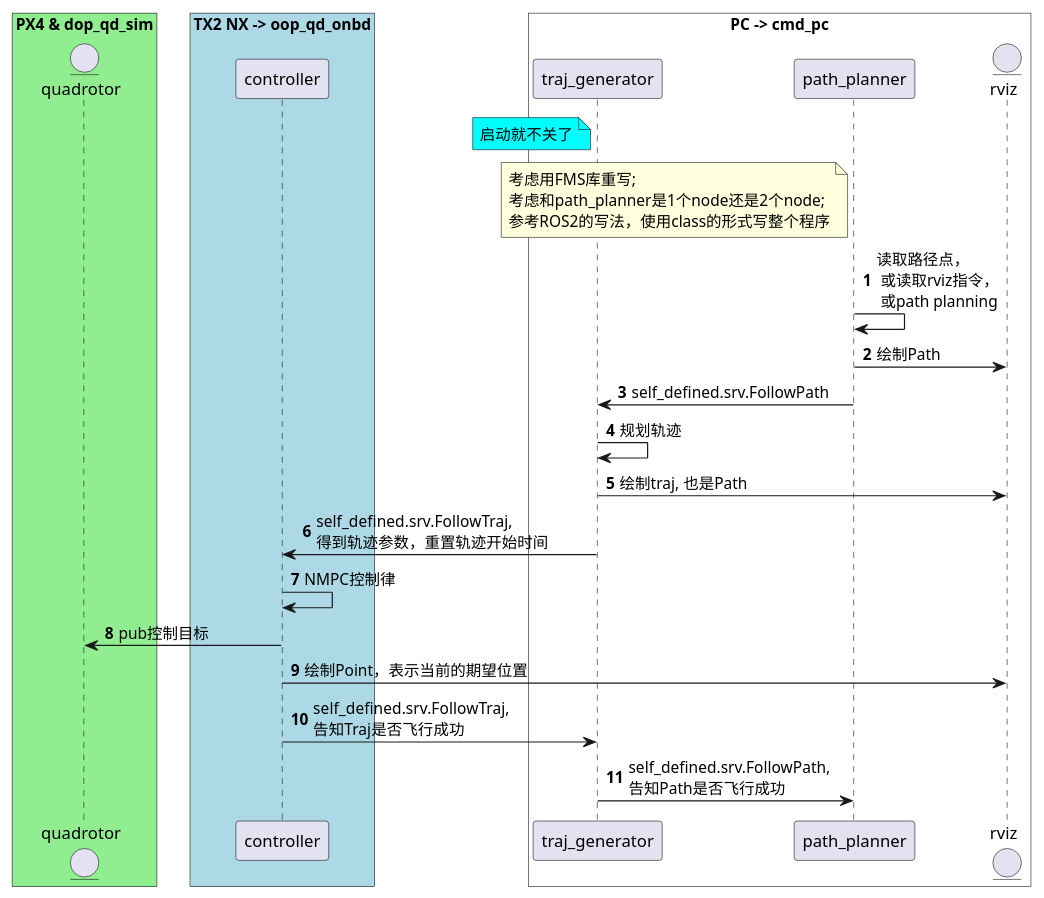
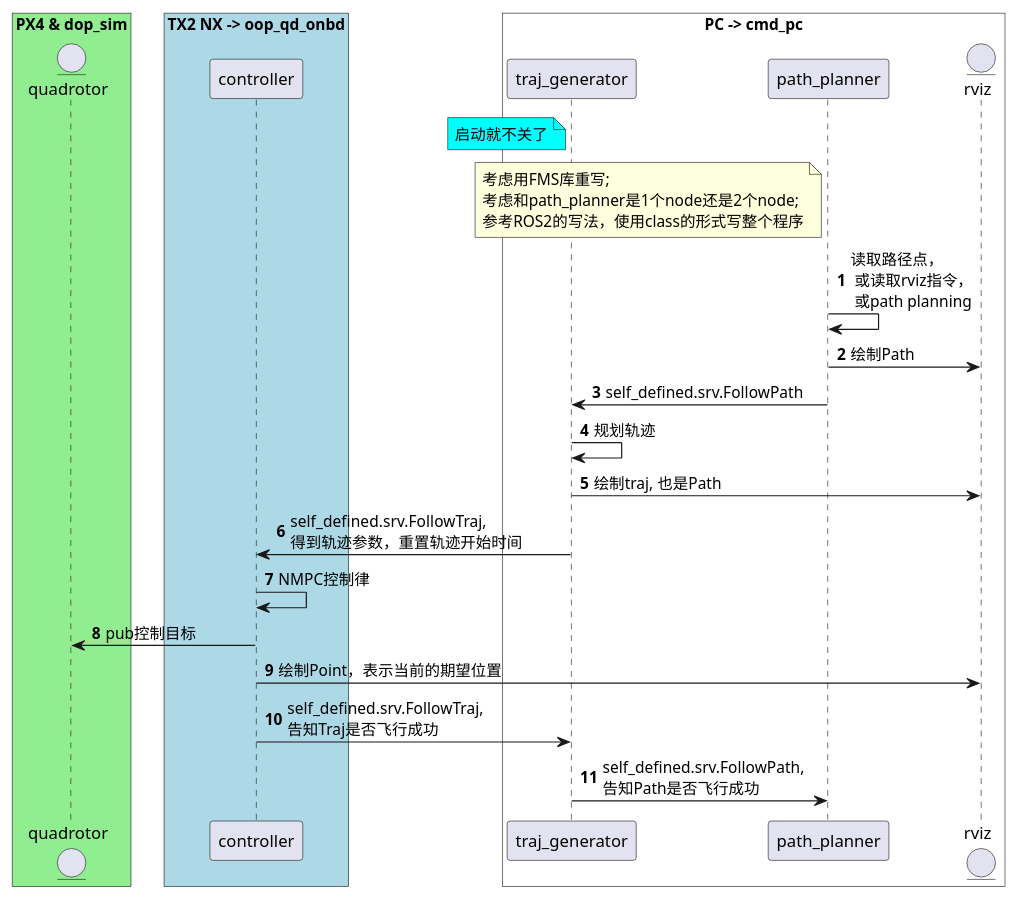
One commit to Li-Jinjie/cmd_pc changed the diagram in UMLs/workflow.puml. Above: the diagram before and after it, drawn with PlantUML. The commit also changed 1 other file, not shown here.

Commit message:
rename "dop_qd_sim" to "dop_sim"

```diff
--- a/UMLs/workflow.puml
+++ b/UMLs/workflow.puml
@@ -1,72 +1,72 @@
 @startuml
 'https://plantuml.com/sequence-diagram
 
 autonumber
 
-box "PX4 & dop_qd_sim" #LightGreen
+box "PX4 & dop_sim" #LightGreen
 entity quadrotor
 end box
 
 box "TX2 NX -> oop_qd_onbd" #LightBLUE
 participant controller
 end box
 'note right of pt_publisher #aqua
 '需要从ROS里拿一个parameter
 '确定是选SE3还是NMPC
 'end note
 
 box "PC -> cmd_pc" #White
 participant traj_generator
 participant path_planner
 entity rviz
 end box
 
 note left of traj_generator #aqua
 启动就不关了
 end note
 
 note left of path_planner
 考虑用FMS库重写;
 考虑和path_planner是1个node还是2个node;
 参考ROS2的写法，使用class的形式写整个程序
 end note
 
 path_planner -> path_planner: 读取路径点，\n 或读取rviz指令，\n 或path planning
 path_planner -> rviz: 绘制Path
 path_planner -> traj_generator: self_defined.srv.FollowPath
 
 
 traj_generator -> traj_generator: 规划轨迹
 traj_generator -> rviz: 绘制traj, 也是Path
 traj_generator -> controller: self_defined.srv.FollowTraj, \n得到轨迹参数，重置轨迹开始时间
 
 controller -> controller: NMPC控制律
 controller -> quadrotor: pub控制目标
 controller -> rviz: 绘制Point，表示当前的期望位置
 
 
 controller -> traj_generator: self_defined.srv.FollowTraj, \n告知Traj是否飞行成功
 traj_generator -> path_planner: self_defined.srv.FollowPath, \n告知Path是否飞行成功
 
 'controller -> traj_generator: self_defined.srv.GetTraj, \n告知当前点已飞行完毕，当前点位置
 'note left
 '状态: IDLE
 'end note
 '
 'traj_generator -> path_planner: nav.msgs.srv.GetPlan, \n告知当前点已飞行完毕，当前点位置
 '
 'path_planner -> path_planner: path planning
 'path_planner -> rviz: 绘制Path
 'path_planner -> traj_generator: nav.msgs.srv.GetPlan, 回复Path, 得到全部路径点
 '
 'traj_generator -> traj_generator: 规划轨迹
 'traj_generator -> rviz: 绘制轨迹
 'traj_generator -> controller: self_defined.srv.GetTraj, 得到轨迹参数，重置轨迹开始时间
 'note left
 '状态: PUB
 'end note
 '
 'controller -> rviz: 绘制Point，表示当前的期望位置
 
 
 @enduml
```
